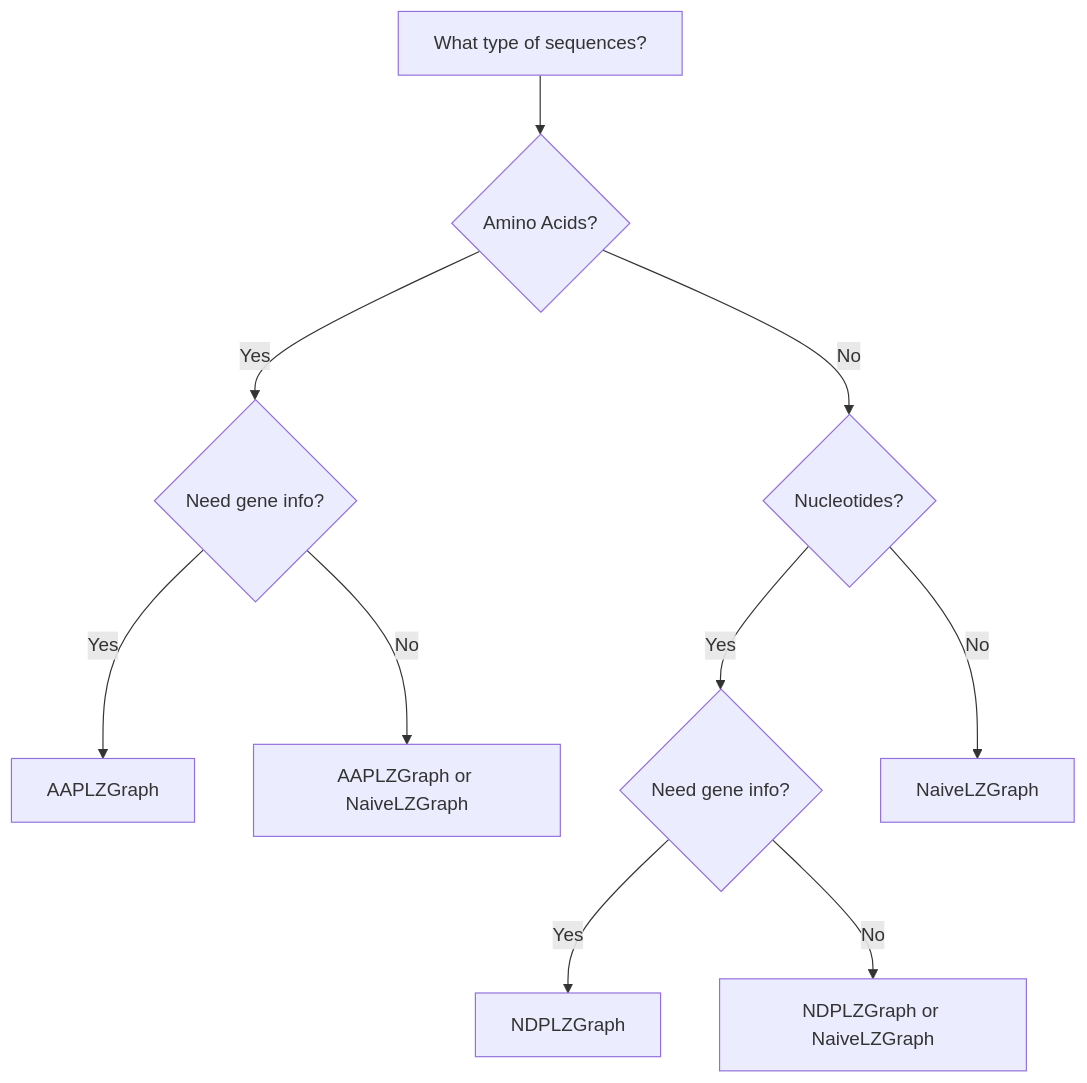
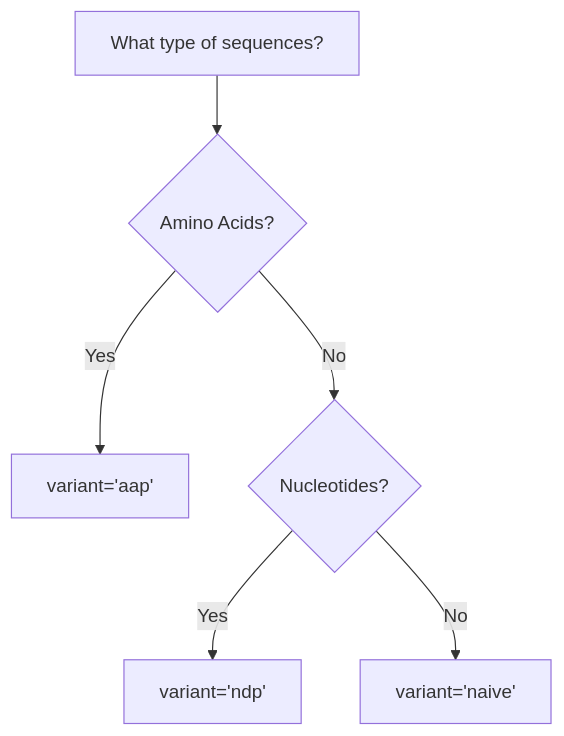
One commit to MuteJester/LZGraphs changed the diagram in docs/getting-started/first-steps.md. Above: the diagram before and after it, drawn with Mermaid. The commit also changed other lines of this file and 241 other files, not shown here.

````diff
--- a/docs/getting-started/first-steps.md
+++ b/docs/getting-started/first-steps.md
@@ -34,12 +34,8 @@
 ```mermaid
 flowchart TD
     A[What type of sequences?] --> B{Amino Acids?}
-    B -->|Yes| C{Need gene info?}
+    B -->|Yes| E[variant='aap']
     B -->|No| D{Nucleotides?}
-    C -->|Yes| E[AAPLZGraph]
-    C -->|No| F[AAPLZGraph or NaiveLZGraph]
-    D -->|Yes| G{Need gene info?}
-    D -->|No| H[NaiveLZGraph]
-    G -->|Yes| I[NDPLZGraph]
-    G -->|No| J[NDPLZGraph or NaiveLZGraph]
+    D -->|Yes| I[variant='ndp']
+    D -->|No| J[variant='naive']
 ```
````
